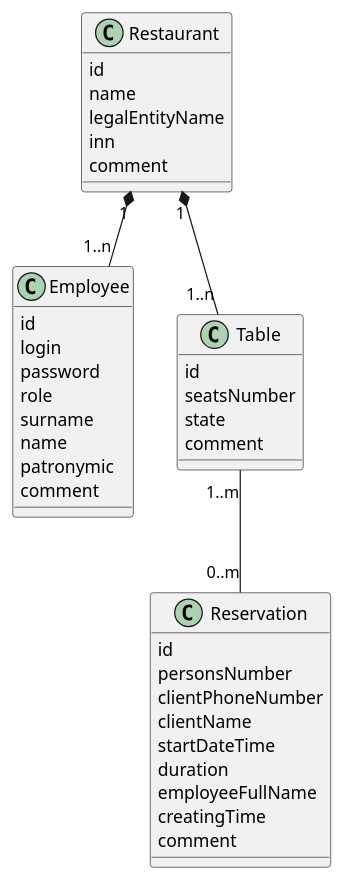
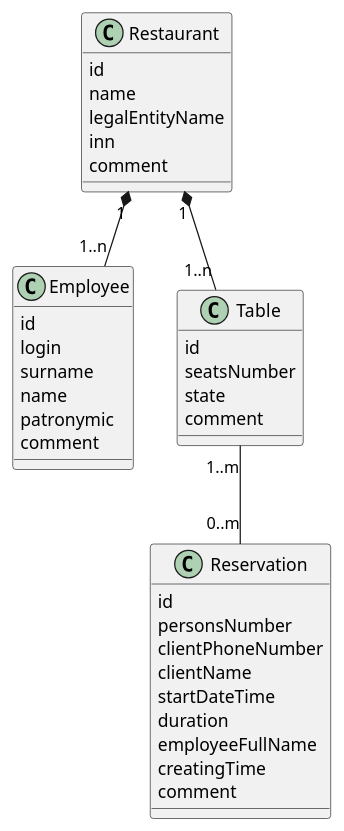
Before and after one commit to PavelPutin/restobook: the diagram in documentation/диаграммы/Диаграмма классов сущностей.pu, drawn with PlantUML. The commit also changed 5 other files, not shown here.

Commit message:
fix: update ER and class diagram

```diff
--- a/documentation/диаграммы/Диаграмма классов сущностей.pu
+++ b/documentation/диаграммы/Диаграмма классов сущностей.pu
@@ -1,45 +1,43 @@
 @startuml Диаграмма классов сущностей
 
 class Restaurant {
     id
     name
     legalEntityName
     inn
     comment
 }
 
 class Employee {
     id
     login
-    password
-    role
     surname
     name
     patronymic
     comment
 }
 
 class Table {
     id
     seatsNumber
     state
     comment
 }
 
 class Reservation {
     id
     personsNumber
     clientPhoneNumber
     clientName
     startDateTime
     duration
     employeeFullName
     creatingTime
     comment
 }
 
 Restaurant "1" *-- "1..n" Employee
 Restaurant "1" *-- "1..n" Table
 Table "1..m" -- "0..m" Reservation
 
 @enduml
```
